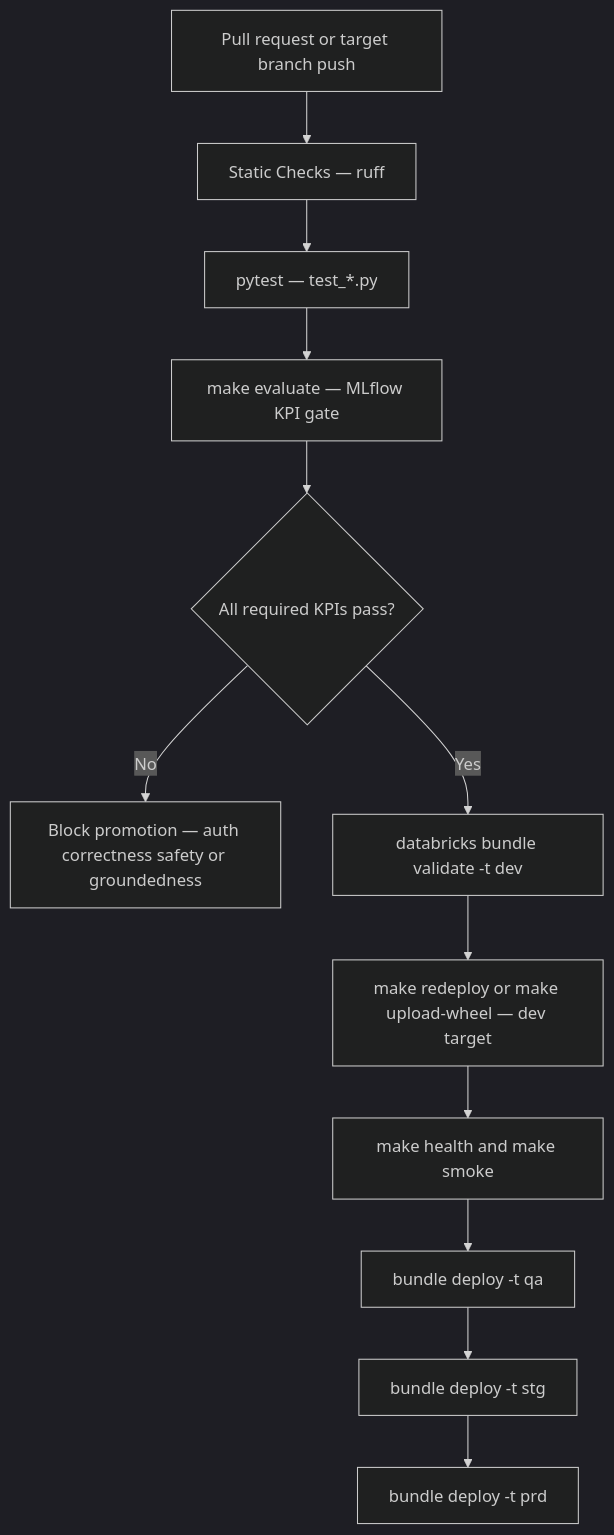
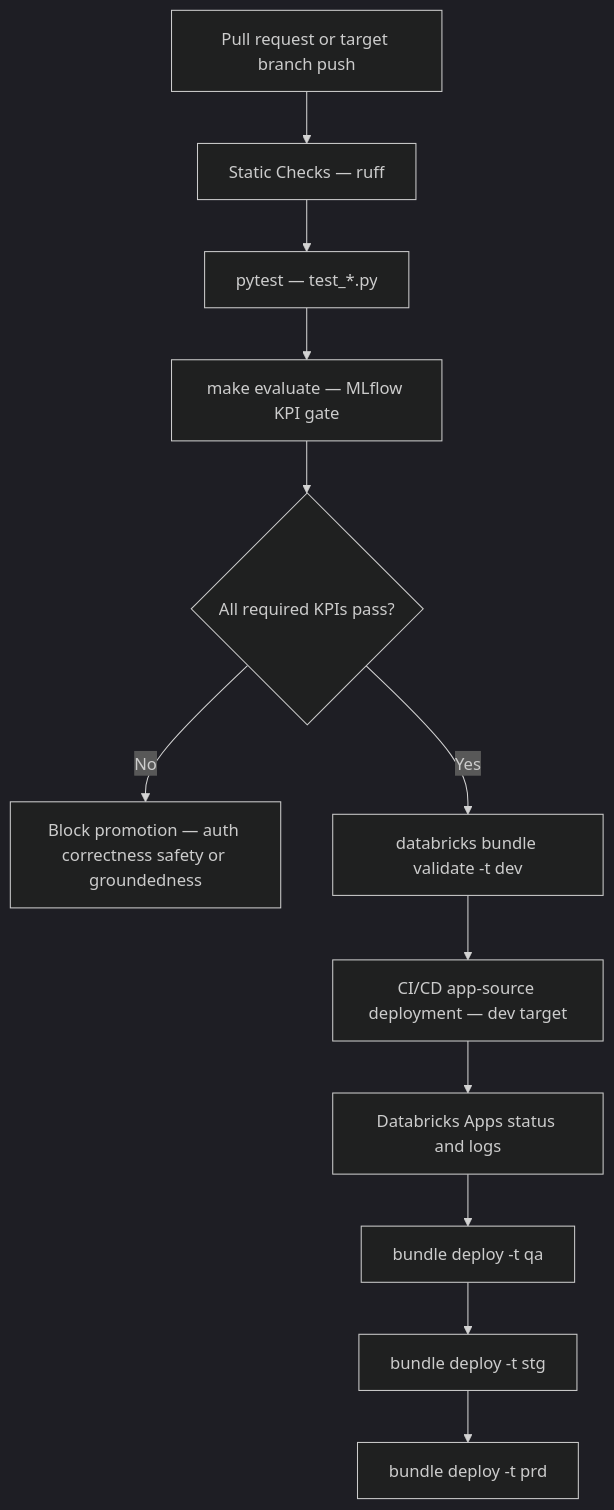
One commit to wchen-dea/Governed-Multi-Agent-Intelligence-on-Databricks changed the second of 5 diagrams in docs/architecture/design-artifacts/06-deployment-network-cicd-observability.md. Above: the diagram before and after it, drawn with Mermaid (dark theme). The commit also changed 34 other files, not shown here.

````diff
--- a/docs/architecture/design-artifacts/06-deployment-network-cicd-observability.md
+++ b/docs/architecture/design-artifacts/06-deployment-network-cicd-observability.md
@@ -33,14 +33,14 @@
 ```mermaid
 flowchart TD
     Commit[Pull request or target branch push] --> Lint[Static Checks — ruff]
     Lint --> Unit[pytest — test_*.py]
     Unit --> Eval[make evaluate — MLflow KPI gate]
     Eval --> Decision{All required KPIs pass?}
     Decision -- No --> Block[Block promotion — auth correctness safety or groundedness]
     Decision -- Yes --> Validate[databricks bundle validate -t dev]
-    Validate --> DeployDev[make redeploy or make upload-wheel — dev target]
-    DeployDev --> Smoke[make health and make smoke]
+    Validate --> DeployDev[CI/CD app-source deployment — dev target]
+    DeployDev --> Smoke[Databricks Apps status and logs]
     Smoke --> DeployQA[bundle deploy -t qa]
     DeployQA --> DeployStg[bundle deploy -t stg]
     DeployStg --> DeployProd[bundle deploy -t prd]
 ```
````
